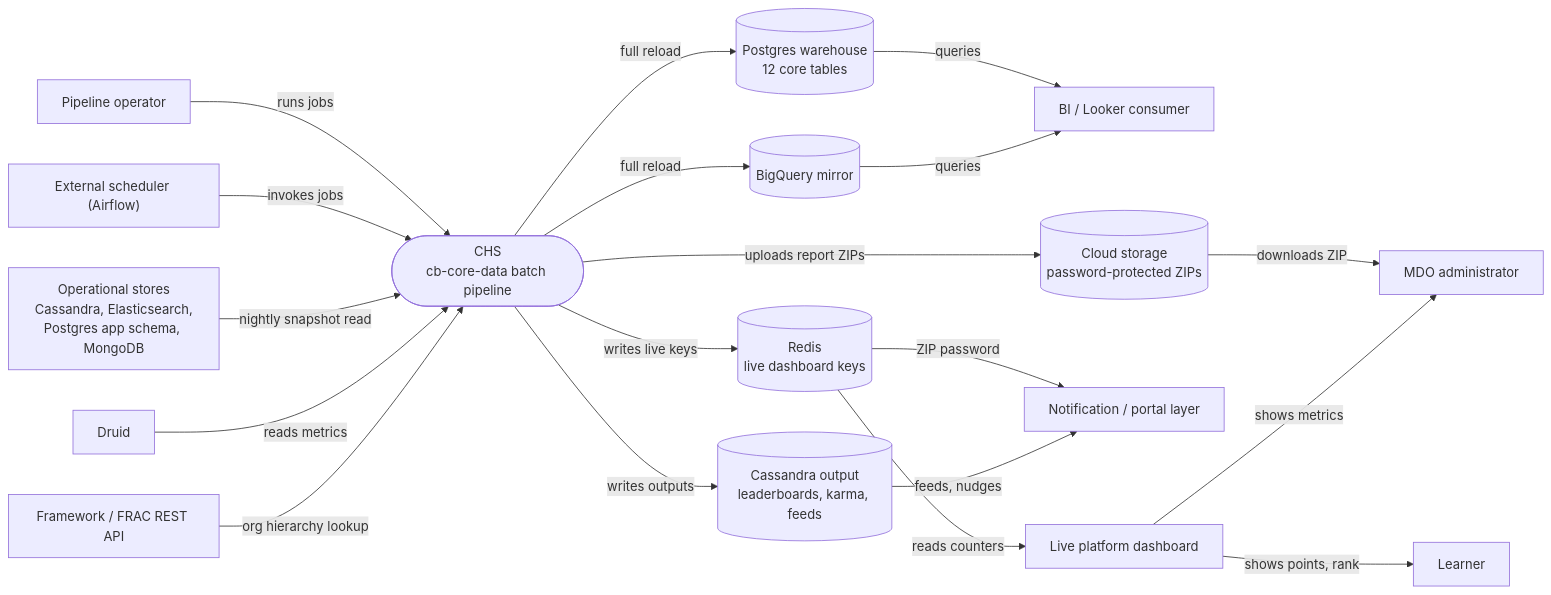
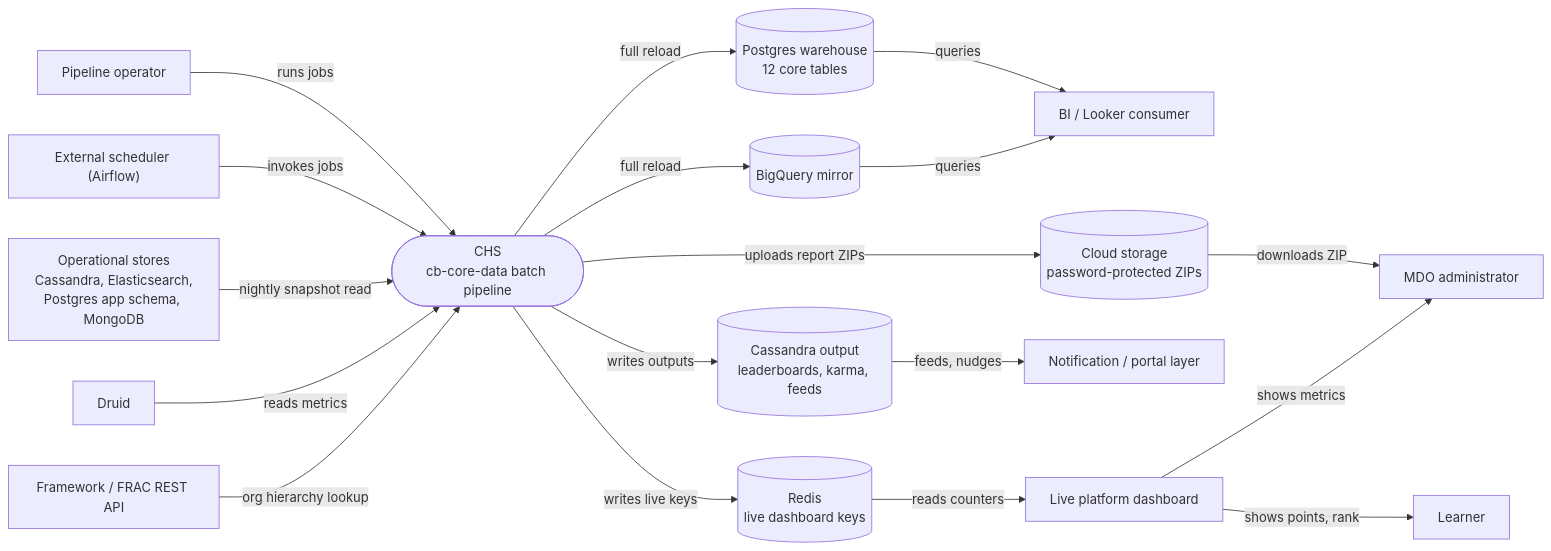
The diagram in docs/learning-hub/chs/context-diagram.md (KB-iGOT/igot-docs), drawn with Mermaid before and after one commit. The commit also changed other lines of this file, not shown here.

First line of the commit message:
security(1/5): remove credential-storage statement from the CHS context diagram

````diff
--- a/docs/learning-hub/chs/context-diagram.md
+++ b/docs/learning-hub/chs/context-diagram.md
@@ -14,43 +14,42 @@
 ```mermaid
 flowchart LR
     OPS["Pipeline operator"]
     MDO["MDO administrator"]
     BIU["BI / Looker consumer"]
     LRN["Learner"]
 
     SCH["External scheduler (Airflow)"]
     SRC["Operational stores<br/>Cassandra, Elasticsearch,<br/>Postgres app schema, MongoDB"]
     DRU["Druid"]
     FRAC["Framework / FRAC REST API"]
 
     CHS(["CHS<br/>cb-core-data batch pipeline"])
 
     PGW[("Postgres warehouse<br/>12 core tables")]
     BQ[("BigQuery mirror")]
     RED[("Redis<br/>live dashboard keys")]
     GCS[("Cloud storage<br/>password-protected ZIPs")]
     CASW[("Cassandra output<br/>leaderboards, karma, feeds")]
     NOTIF["Notification / portal layer"]
     DASH["Live platform dashboard"]
 
     OPS -->|"runs jobs"| CHS
     SCH -->|"invokes jobs"| CHS
     SRC -->|"nightly snapshot read"| CHS
     DRU -->|"reads metrics"| CHS
     FRAC -->|"org hierarchy lookup"| CHS
 
     CHS -->|"full reload"| PGW
     CHS -->|"full reload"| BQ
     CHS -->|"writes live keys"| RED
     CHS -->|"uploads report ZIPs"| GCS
     CHS -->|"writes outputs"| CASW
 
     PGW -->|"queries"| BIU
     BQ -->|"queries"| BIU
     RED -->|"reads counters"| DASH
-    RED -->|"ZIP password"| NOTIF
     GCS -->|"downloads ZIP"| MDO
     DASH -->|"shows metrics"| MDO
     DASH -->|"shows points, rank"| LRN
     CASW -->|"feeds, nudges"| NOTIF
 ```
````
